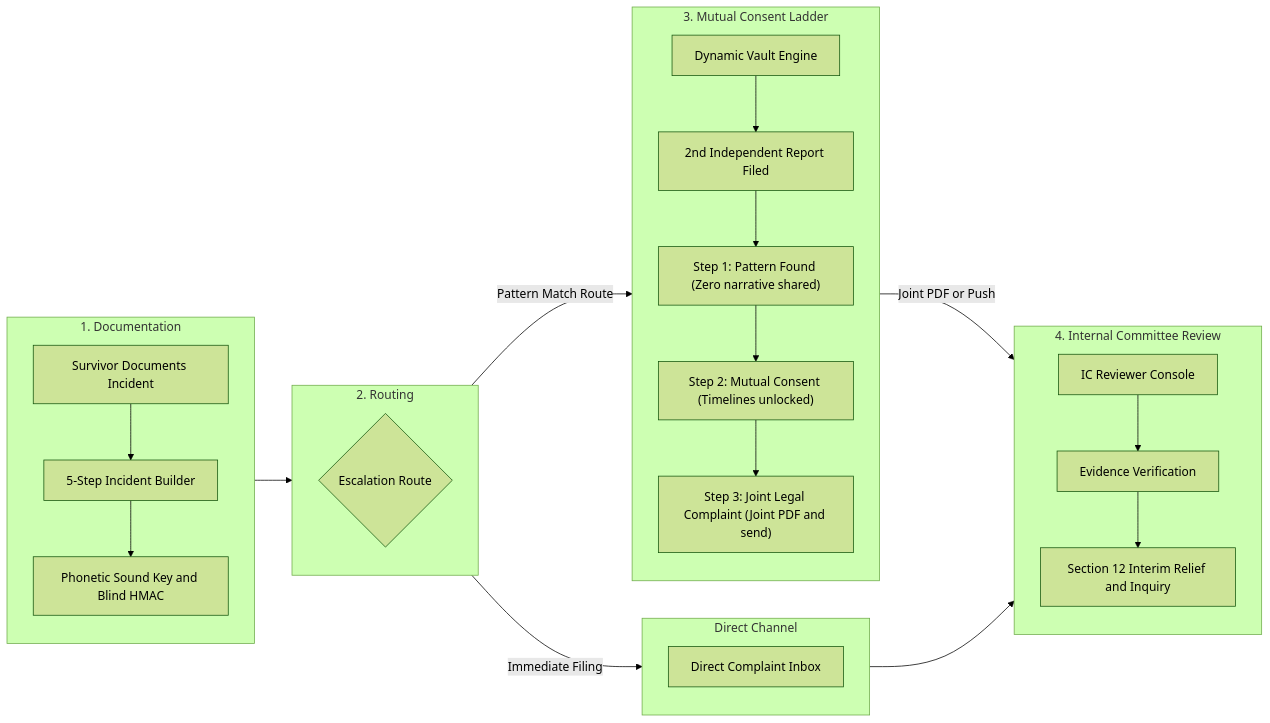
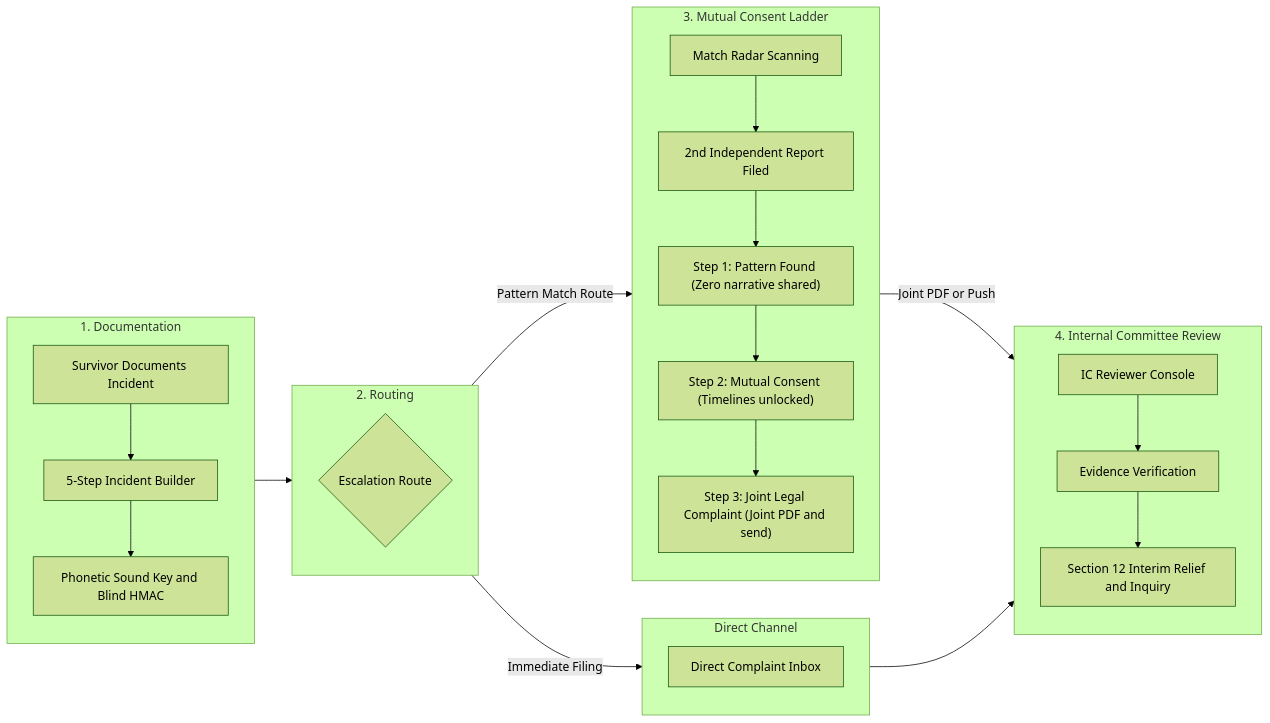
One commit to gayathrii3/Aawaz-safeEscrow changed the diagram in README.md. Above: the diagram before and after it, drawn with Mermaid (forest theme). The commit also changed other lines of this file, not shown here.

````diff
--- a/README.md
+++ b/README.md
@@ -32,35 +23,35 @@
 ```mermaid
 flowchart LR
     subgraph Intake["1. Documentation"]
         direction TB
         A[Survivor Documents Incident] --> B[5-Step Incident Builder]
         B --> C[Phonetic Sound Key and Blind HMAC]
     end
 
     subgraph Routing["2. Routing"]
         direction TB
         C --> D{Escalation Route}
     end
 
     subgraph DirectRoute["Direct Channel"]
         direction TB
         D -->|Immediate Filing| F[Direct Complaint Inbox]
     end
 
     subgraph MatchingRoute["3. Mutual Consent Ladder"]
         direction TB
-        D -->|Pattern Match Route| E[Dynamic Vault Engine]
+        D -->|Pattern Match Route| E[Match Radar Scanning]
         E --> G[2nd Independent Report Filed]
         G --> H["Step 1: Pattern Found (Zero narrative shared)"]
         H --> I["Step 2: Mutual Consent (Timelines unlocked)"]
         I --> J["Step 3: Joint Legal Complaint (Joint PDF and send)"]
     end
 
     subgraph IC["4. Internal Committee Review"]
         direction TB
         F --> M[IC Reviewer Console]
         J -->|Joint PDF or Push| M
         M --> N[Evidence Verification]
         N --> O[Section 12 Interim Relief and Inquiry]
     end
 ```
````
